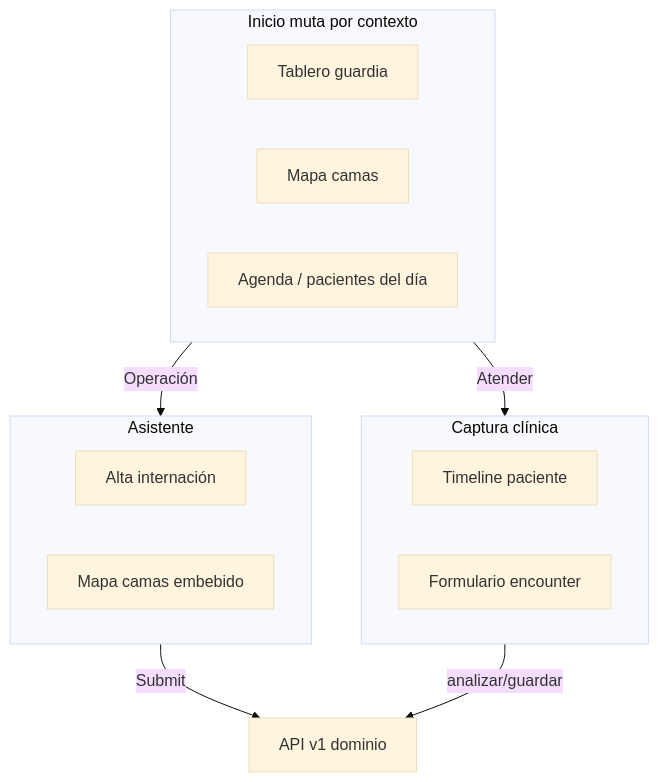
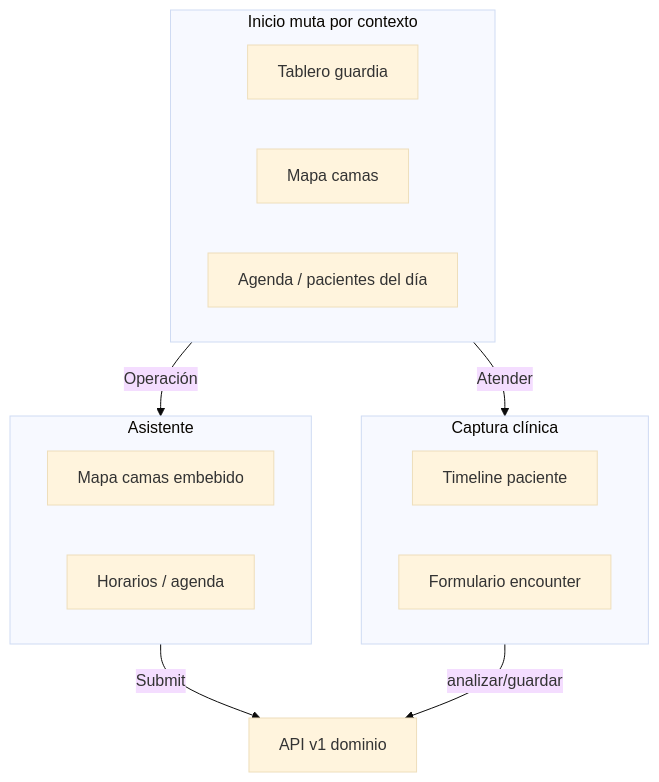
One commit to luischanferoni/bioenlace changed the diagram in web/docs/producto/superficies-ui.md. Above: the diagram before and after it, drawn with Mermaid (base theme). The commit also changed 22 other files, not shown here.

````diff
--- a/web/docs/producto/superficies-ui.md
+++ b/web/docs/producto/superficies-ui.md
@@ -15,20 +15,20 @@
 ```mermaid
 flowchart TB
   subgraph inicio [Inicio muta por contexto]
     EMER[Tablero guardia]
     IMP[Mapa camas]
     AMB[Agenda / pacientes del día]
   end
   subgraph captura [Captura clínica]
     TL[Timeline paciente]
     FC[Formulario encounter]
   end
   subgraph flows [Asistente]
-    F1[Alta internación]
-    F2[Mapa camas embebido]
+    F1[Mapa camas embebido]
+    F2[Horarios / agenda]
   end
   inicio -->|Atender| captura
   inicio -->|Operación| flows
   flows -->|Submit| API[API v1 dominio]
   captura -->|analizar/guardar| API
 ```
````
